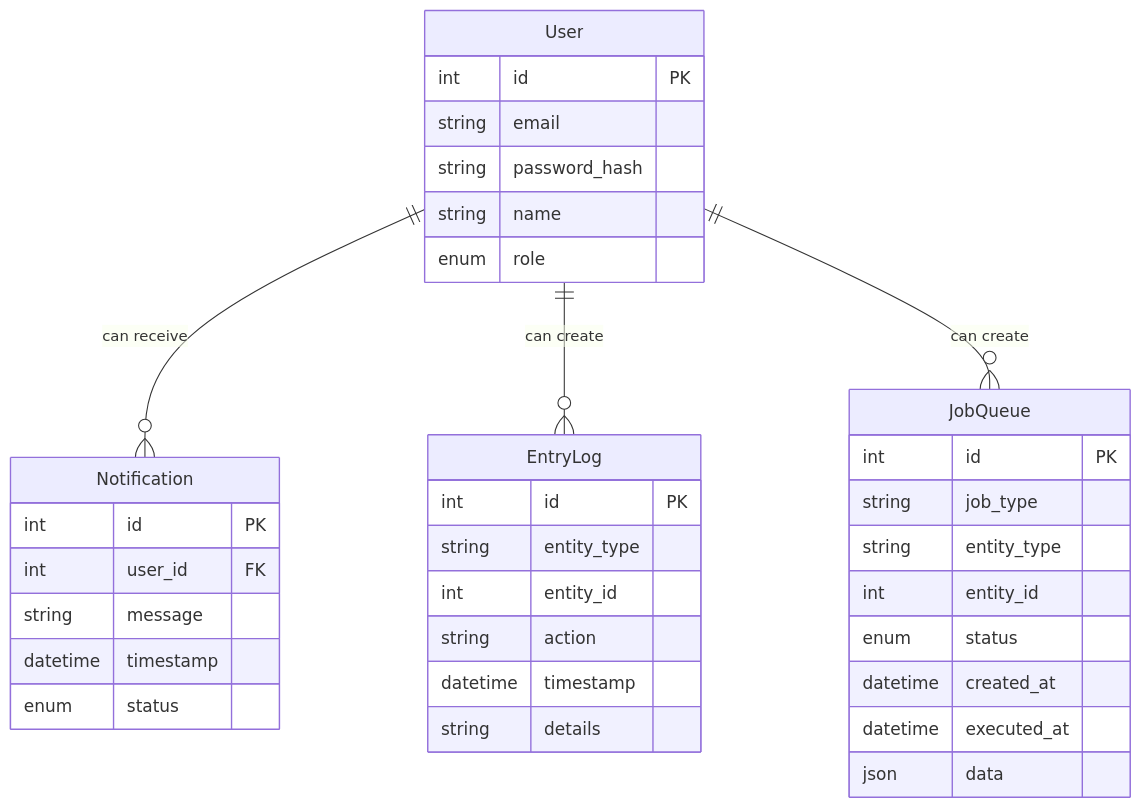
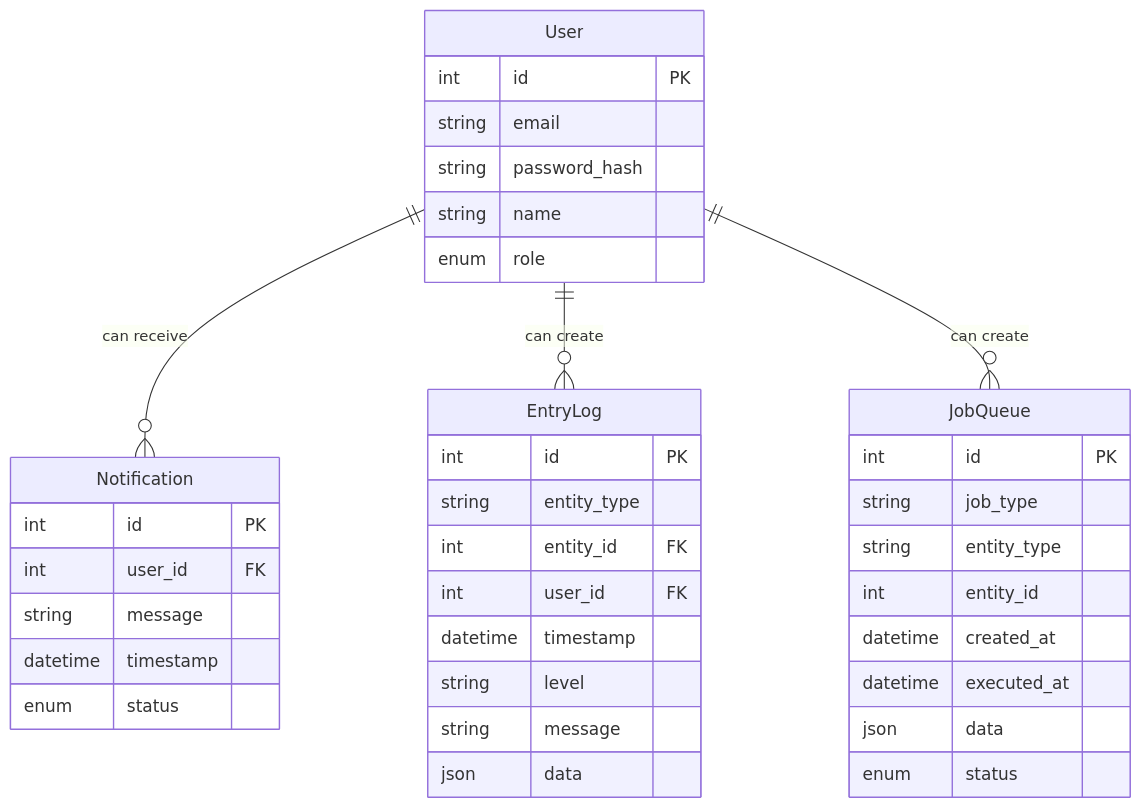
One commit to AstroBookings/.github changed the diagram in profile/3-implementation/5_0-system.schema.md. Above: the diagram before and after it, drawn with Mermaid. The commit also changed other lines of this file and 1 other file, not shown here.

Commit message:
feat: db schemas

````diff
--- a/profile/3-implementation/5_0-system.schema.md
+++ b/profile/3-implementation/5_0-system.schema.md
@@ -7,43 +7,45 @@
 ```mermaid
 erDiagram
     User {
         int id PK
         string email
         string password_hash
         string name
         enum role
     }
 
     Notification {
         int id PK
         int user_id FK
         string message
         datetime timestamp
         enum status
     }
 
     EntryLog {
         int id PK
         string entity_type
-        int entity_id
-        string action
+        int entity_id FK
+        int user_id FK
         datetime timestamp
-        string details
+        string level
+        string message
+        json data
     }
 
     JobQueue {
         int id PK
         string job_type
         string entity_type
         int entity_id
-        enum status
         datetime created_at
         datetime executed_at
         json data
+        enum status
     }
 
     User ||--o{ Notification : "can receive"
     User ||--o{ EntryLog : "can create"
     User ||--o{ JobQueue : "can create"
 
 ```
````
